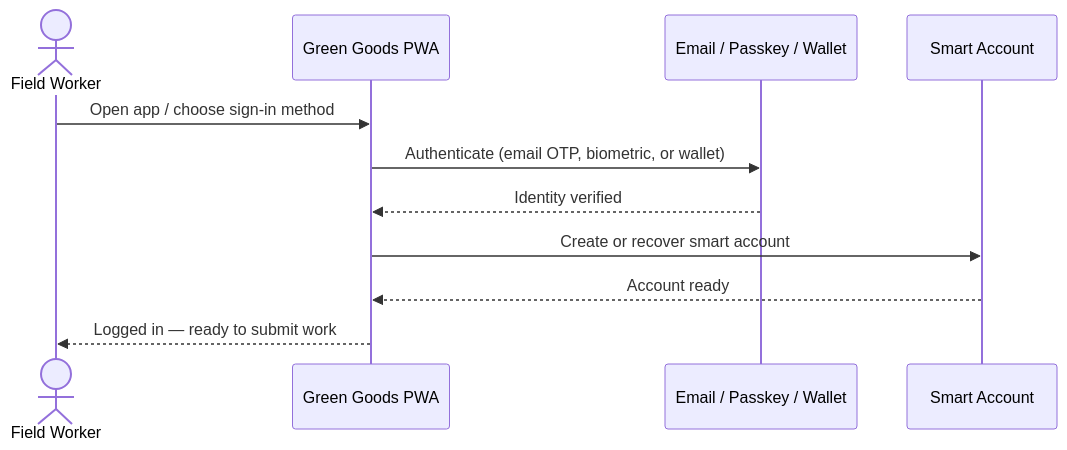
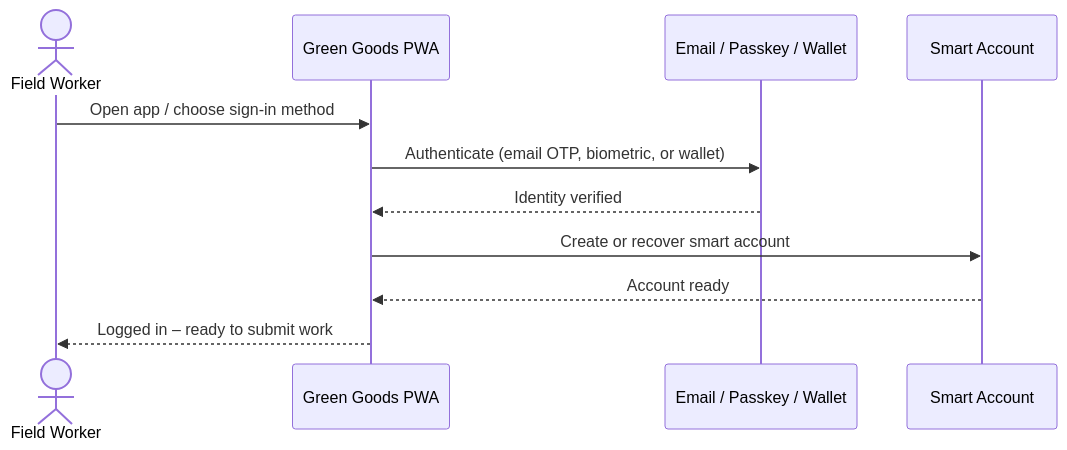
The first of 2 diagrams in docs/docs/community/how-it-works.mdx (greenpill-dev-guild/green-goods), drawn with Mermaid before and after one commit. The commit also changed other lines of this file and 3 other files, not shown here.

````diff
--- a/docs/docs/community/how-it-works.mdx
+++ b/docs/docs/community/how-it-works.mdx
@@ -51,14 +51,14 @@
 ```mermaid
 sequenceDiagram
     actor User as Field Worker
     participant App as Green Goods PWA
     participant Auth as Email / Passkey / Wallet
     participant SA as Smart Account
 
     User->>App: Open app / choose sign-in method
     App->>Auth: Authenticate (email OTP, biometric, or wallet)
     Auth-->>App: Identity verified
     App->>SA: Create or recover smart account
     SA-->>App: Account ready
-    App-->>User: Logged in — ready to submit work
+    App-->>User: Logged in – ready to submit work
 ```
````
